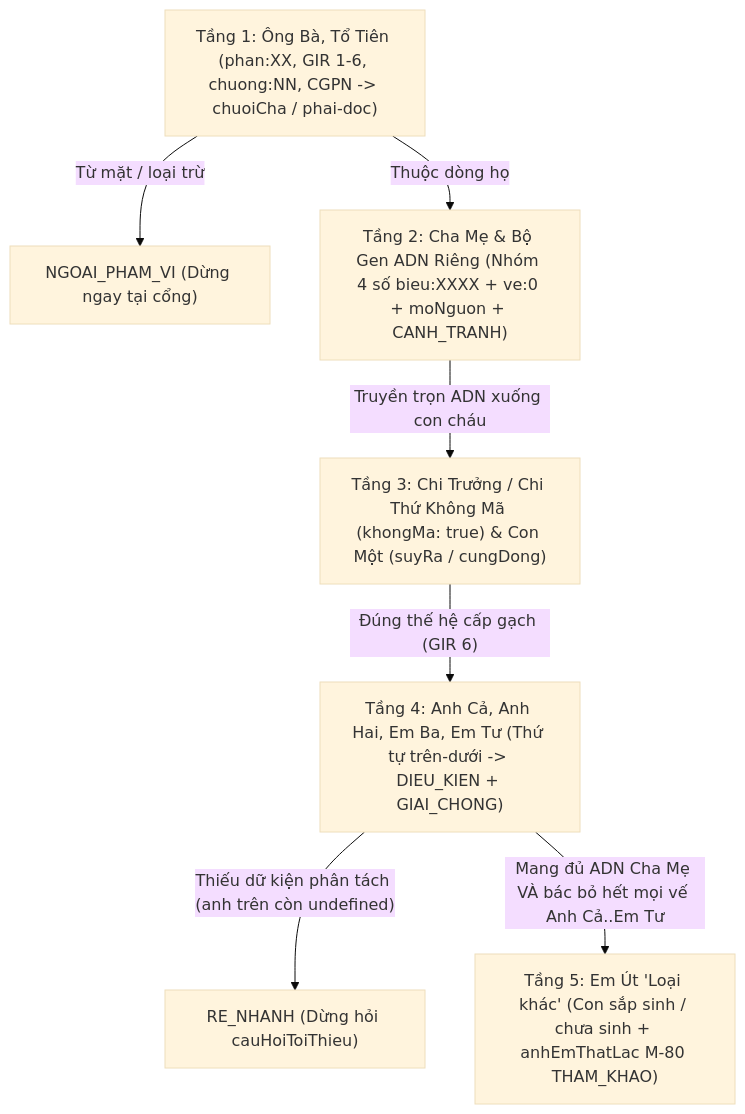
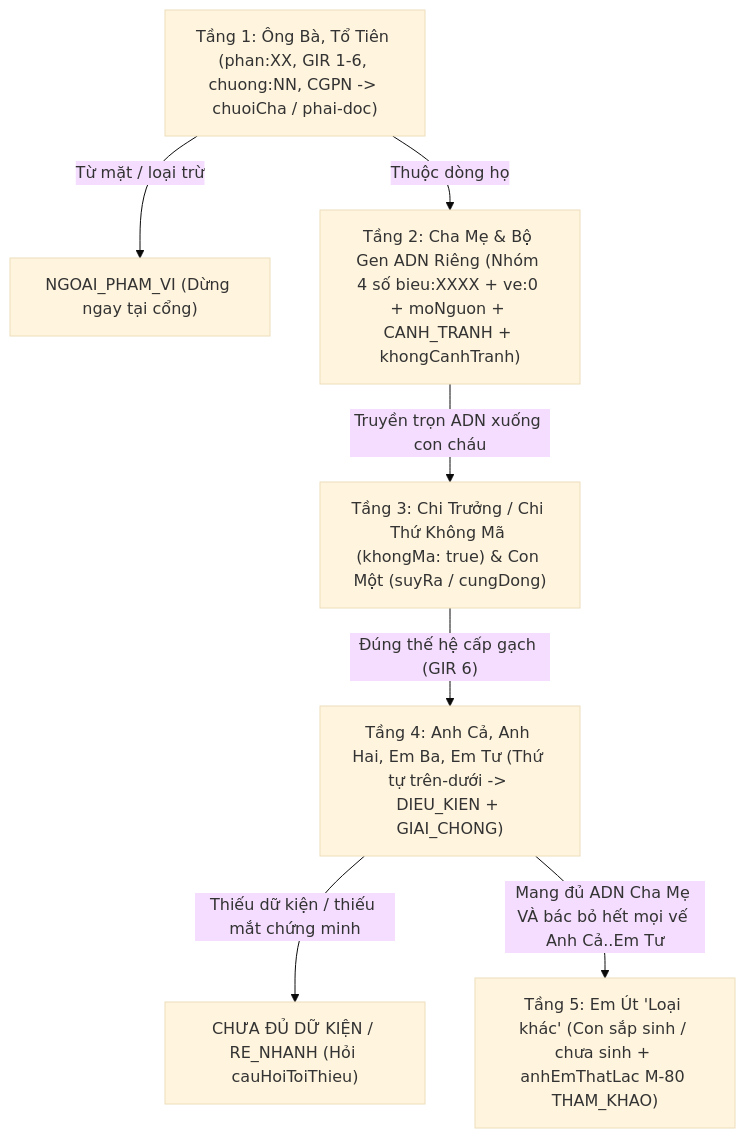
The diagram in .agents/skills/doc-tron-nhom/SKILL.md (ozvietnam/hs-code-api), drawn with Mermaid (base theme) before and after one commit. The commit also changed other lines of this file and 12 other files, not shown here.

Commit message:
feat(m-81): ADR-0010 nối canhTranhTimThay, dựng Cổng 13-14 và chấm đúng/sai 0/0/0

````diff
--- a/.agents/skills/doc-tron-nhom/SKILL.md
+++ b/.agents/skills/doc-tron-nhom/SKILL.md
@@ -41,9 +58,9 @@
 ```mermaid
 flowchart TD
   T1["Tầng 1: Ông Bà, Tổ Tiên (phan:XX, GIR 1-6, chuong:NN, CGPN -> chuoiCha / phai-doc)"] -->|"Từ mặt / loại trừ"| OUT["NGOAI_PHAM_VI (Dừng ngay tại cổng)"]
-  T1 -->|"Thuộc dòng họ"| T2["Tầng 2: Cha Mẹ & Bộ Gen ADN Riêng (Nhóm 4 số bieu:XXXX + ve:0 + moNguon + CANH_TRANH)"]
+  T1 -->|"Thuộc dòng họ"| T2["Tầng 2: Cha Mẹ & Bộ Gen ADN Riêng (Nhóm 4 số bieu:XXXX + ve:0 + moNguon + CANH_TRANH + khongCanhTranh)"]
   T2 -->|"Truyền trọn ADN xuống con cháu"| T3["Tầng 3: Chi Trưởng / Chi Thứ Không Mã (khongMa: true) & Con Một (suyRa / cungDong)"]
   T3 -->|"Đúng thế hệ cấp gạch (GIR 6)"| T4["Tầng 4: Anh Cả, Anh Hai, Em Ba, Em Tư (Thứ tự trên-dưới -> DIEU_KIEN + GIAI_CHONG)"]
-  T4 -->|"Thiếu dữ kiện phân tách (anh trên còn undefined)"| ASK["RE_NHANH (Dừng hỏi cauHoiToiThieu)"]
+  T4 -->|"Thiếu dữ kiện / thiếu mắt chứng minh"| ASK["CHƯA ĐỦ DỮ KIỆN / RE_NHANH (Hỏi cauHoiToiThieu)"]
   T4 -->|"Mang đủ ADN Cha Mẹ VÀ bác bỏ hết mọi vế Anh Cả..Em Tư"| T5["Tầng 5: Em Út 'Loại khác' (Con sắp sinh / chưa sinh + anhEmThatLac M-80 THAM_KHAO)"]
 ```
````
